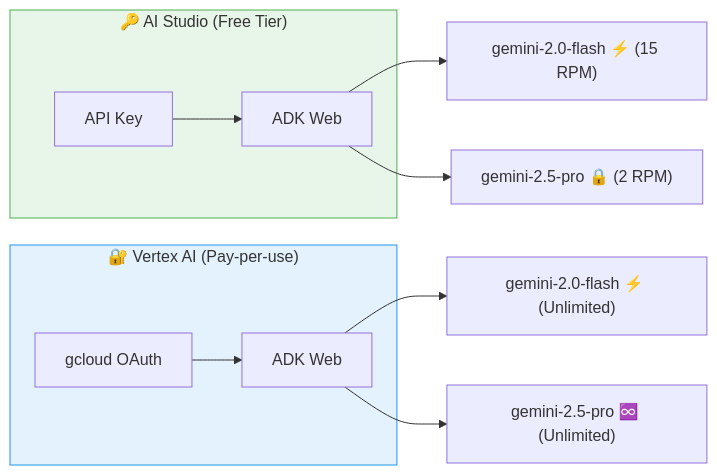
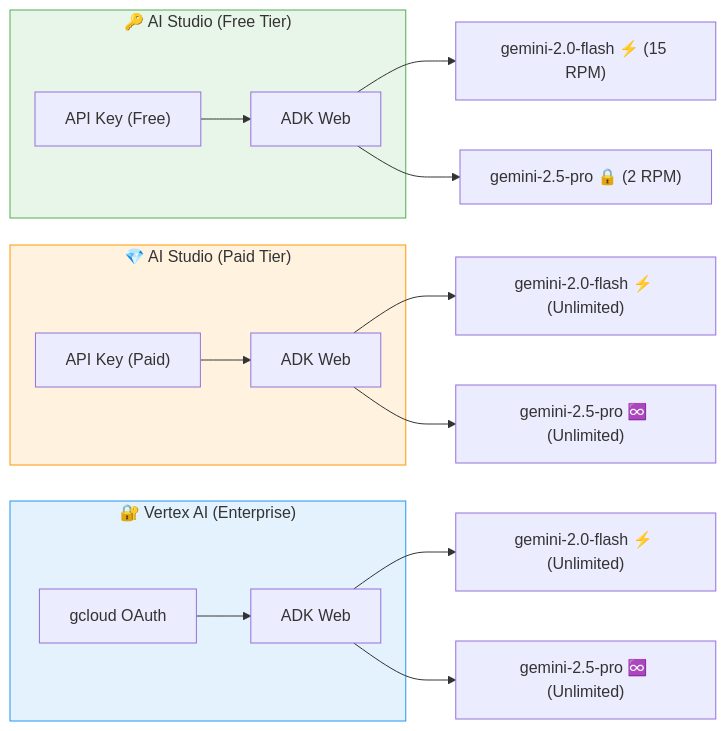
The third of 4 diagrams in README.md (ancrz/sdk-agent-pipeline), drawn with Mermaid before and after one commit. The commit also changed other lines of this file and 3 other files, not shown here.

````diff
--- a/README.md
+++ b/README.md
@@ -81,17 +81,25 @@
 ```mermaid
 flowchart LR
     subgraph FREE["🔑 AI Studio (Free Tier)"]
-        K["API Key"] --> ADK1["ADK Web"]
+        K1["API Key (Free)"] --> ADK1["ADK Web"]
     end
-    subgraph VERTEX["🔐 Vertex AI (Pay-per-use)"]
-        G["gcloud OAuth"] --> ADK2["ADK Web"]
+    subgraph PAID["💎 AI Studio (Paid Tier)"]
+        K2["API Key (Paid)"] --> ADK2["ADK Web"]
+    end
+    subgraph VERTEX["🔐 Vertex AI (Enterprise)"]
+        G["gcloud OAuth"] --> ADK3["ADK Web"]
     end
 
     ADK1 --> M1["gemini-2.0-flash ⚡ (15 RPM)"]
     ADK1 --> M2["gemini-2.5-pro 🔒 (2 RPM)"]
-    ADK2 --> M3["gemini-2.0-flash ⚡ (Unlimited)"]
-    ADK2 --> M4["gemini-2.5-pro ♾️ (Unlimited)"]
+    
+    ADK2 --> M5["gemini-2.0-flash ⚡ (Unlimited)"]
+    ADK2 --> M6["gemini-2.5-pro ♾️ (Unlimited)"]
+
+    ADK3 --> M3["gemini-2.0-flash ⚡ (Unlimited)"]
+    ADK3 --> M4["gemini-2.5-pro ♾️ (Unlimited)"]
 
     style FREE fill:#E8F5E9,stroke:#4CAF50
+    style PAID fill:#FFF3E0,stroke:#FF9800
     style VERTEX fill:#E3F2FD,stroke:#2196F3
 ```
````
